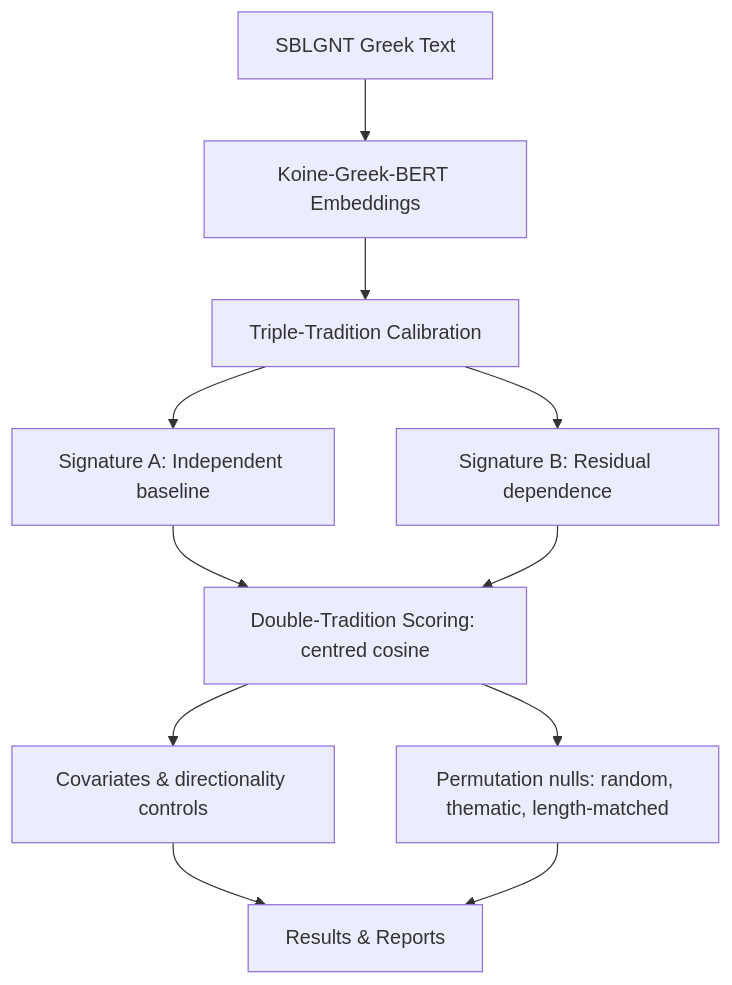
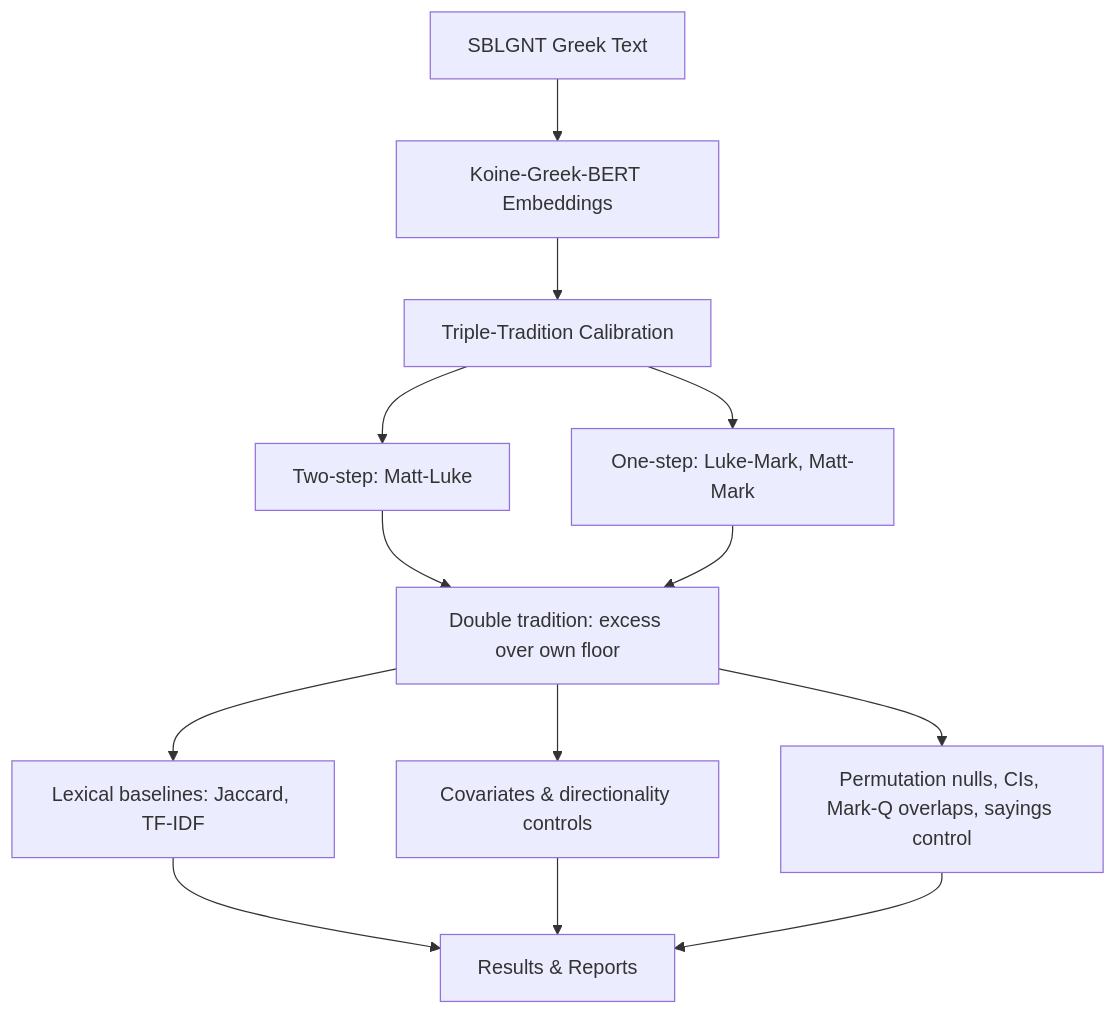
One commit to Agnieszkachr/stcm changed the diagram in site/index.md. Above: the diagram before and after it, drawn with Mermaid. The commit also changed other lines of this file and 80 other files, not shown here.

First line of the commit message:
Version 3: calibration hygiene, range-wise encoding, uncertainty, lexical baselines and new controls

````diff
--- a/site/index.md
+++ b/site/index.md
@@ -11,13 +11,15 @@
 ```mermaid
 graph TD
     A[SBLGNT Greek Text] --> B[Koine-Greek-BERT Embeddings]
     B --> C[Triple-Tradition Calibration]
-    C --> D[Signature A: Independent baseline]
-    C --> E[Signature B: Residual dependence]
-    D --> F[Double-Tradition Scoring: centred cosine]
+    C --> D[Two-step: Matt-Luke]
+    C --> E[One-step: Luke-Mark, Matt-Mark]
+    D --> F[Double tradition: excess over own floor]
     E --> F
-    F --> H[Permutation nulls: random, thematic, length-matched]
+    F --> H[Permutation nulls, CIs, Mark-Q overlaps, sayings control]
+    F --> J[Lexical baselines: Jaccard, TF-IDF]
     F --> G[Covariates & directionality controls]
+    J --> I
     G --> I[Results & Reports]
     H --> I
 ```
````
